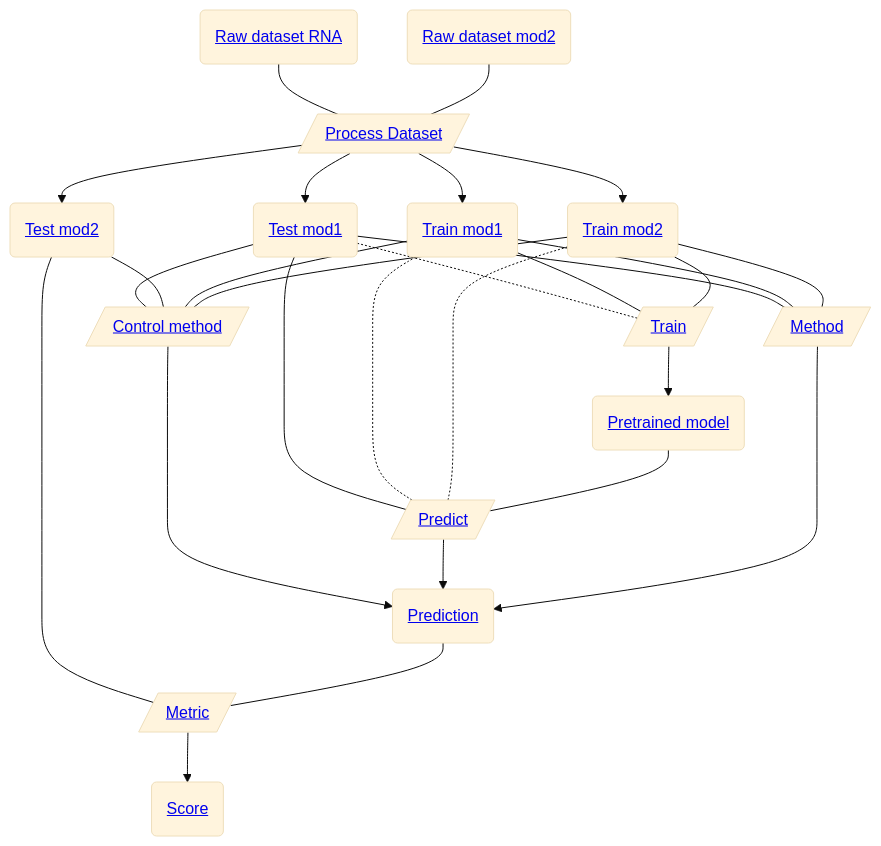
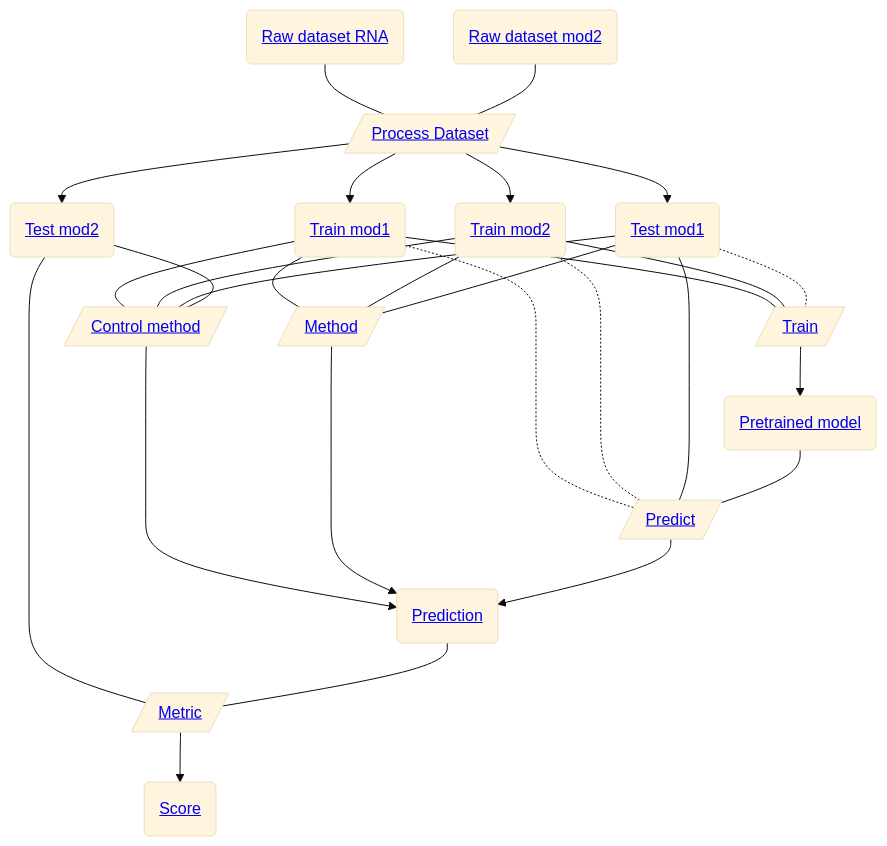
Before and after one commit to openproblems-bio/task_predict_modality: the diagram in README.md, drawn with Mermaid (base theme). The commit also changed other lines of this file and 5 other files, not shown here.

First line of the commit message:
Declare uns['modality'] in the task file formats (#29)

````diff
--- a/README.md
+++ b/README.md
@@ -49,45 +50,45 @@
 ``` mermaid
 flowchart TB
   file_common_dataset_mod1("<a href='https://github.com/openproblems-bio/task_predict_modality#file-format-raw-dataset-rna'>Raw dataset RNA</a>")
   comp_process_datasets[/"<a href='https://github.com/openproblems-bio/task_predict_modality#component-type-process-dataset'>Process Dataset</a>"/]
+  file_train_mod1("<a href='https://github.com/openproblems-bio/task_predict_modality#file-format-train-mod1'>Train mod1</a>")
+  file_train_mod2("<a href='https://github.com/openproblems-bio/task_predict_modality#file-format-train-mod2'>Train mod2</a>")
   file_test_mod1("<a href='https://github.com/openproblems-bio/task_predict_modality#file-format-test-mod1'>Test mod1</a>")
   file_test_mod2("<a href='https://github.com/openproblems-bio/task_predict_modality#file-format-test-mod2'>Test mod2</a>")
-  file_train_mod1("<a href='https://github.com/openproblems-bio/task_predict_modality#file-format-train-mod1'>Train mod1</a>")
-  file_train_mod2("<a href='https://github.com/openproblems-bio/task_predict_modality#file-format-train-mod2'>Train mod2</a>")
   comp_control_method[/"<a href='https://github.com/openproblems-bio/task_predict_modality#component-type-control-method'>Control method</a>"/]
+  comp_method[/"<a href='https://github.com/openproblems-bio/task_predict_modality#component-type-method'>Method</a>"/]
   comp_method_predict[/"<a href='https://github.com/openproblems-bio/task_predict_modality#component-type-predict'>Predict</a>"/]
   comp_method_train[/"<a href='https://github.com/openproblems-bio/task_predict_modality#component-type-train'>Train</a>"/]
-  comp_method[/"<a href='https://github.com/openproblems-bio/task_predict_modality#component-type-method'>Method</a>"/]
   comp_metric[/"<a href='https://github.com/openproblems-bio/task_predict_modality#component-type-metric'>Metric</a>"/]
   file_prediction("<a href='https://github.com/openproblems-bio/task_predict_modality#file-format-prediction'>Prediction</a>")
   file_pretrained_model("<a href='https://github.com/openproblems-bio/task_predict_modality#file-format-pretrained-model'>Pretrained model</a>")
   file_score("<a href='https://github.com/openproblems-bio/task_predict_modality#file-format-score'>Score</a>")
   file_common_dataset_mod2("<a href='https://github.com/openproblems-bio/task_predict_modality#file-format-raw-dataset-mod2'>Raw dataset mod2</a>")
   file_common_dataset_mod1---comp_process_datasets
+  comp_process_datasets-->file_train_mod1
+  comp_process_datasets-->file_train_mod2
   comp_process_datasets-->file_test_mod1
   comp_process_datasets-->file_test_mod2
-  comp_process_datasets-->file_train_mod1
-  comp_process_datasets-->file_train_mod2
+  file_train_mod1---comp_control_method
+  file_train_mod1---comp_method
+  file_train_mod1-.-comp_method_predict
+  file_train_mod1---comp_method_train
+  file_train_mod2---comp_control_method
+  file_train_mod2---comp_method
+  file_train_mod2-.-comp_method_predict
+  file_train_mod2---comp_method_train
   file_test_mod1---comp_control_method
+  file_test_mod1---comp_method
   file_test_mod1---comp_method_predict
   file_test_mod1-.-comp_method_train
-  file_test_mod1---comp_method
   file_test_mod2---comp_control_method
   file_test_mod2---comp_metric
-  file_train_mod1---comp_control_method
-  file_train_mod1-.-comp_method_predict
-  file_train_mod1---comp_method_train
-  file_train_mod1---comp_method
-  file_train_mod2---comp_control_method
-  file_train_mod2-.-comp_method_predict
-  file_train_mod2---comp_method_train
-  file_train_mod2---comp_method
   comp_control_method-->file_prediction
+  comp_method-->file_prediction
   comp_method_predict-->file_prediction
   comp_method_train-->file_pretrained_model
-  comp_method-->file_prediction
   comp_metric-->file_score
   file_prediction---comp_metric
   file_pretrained_model---comp_method_predict
   file_common_dataset_mod2---comp_process_datasets
 ```
````
